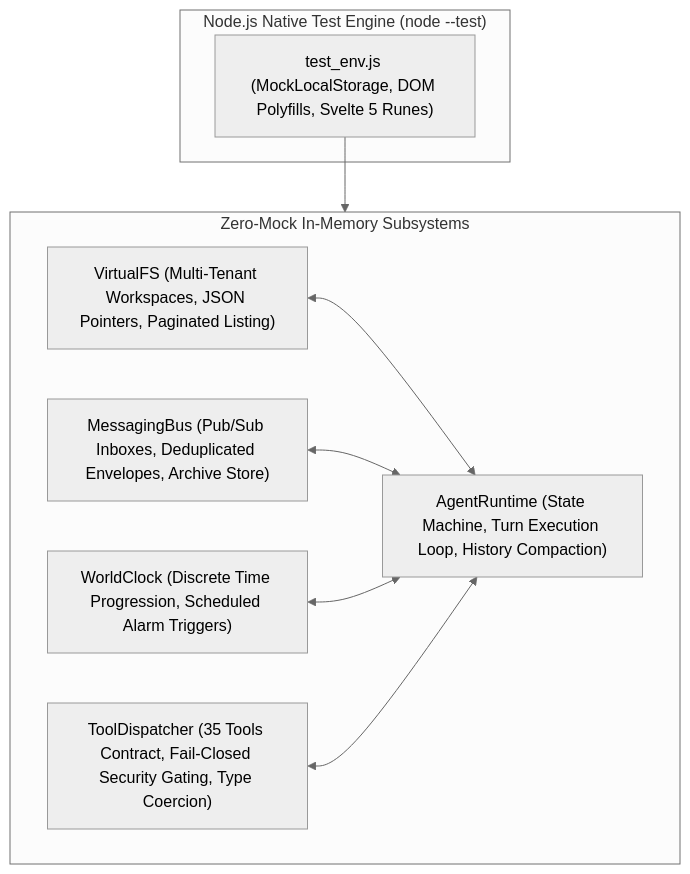
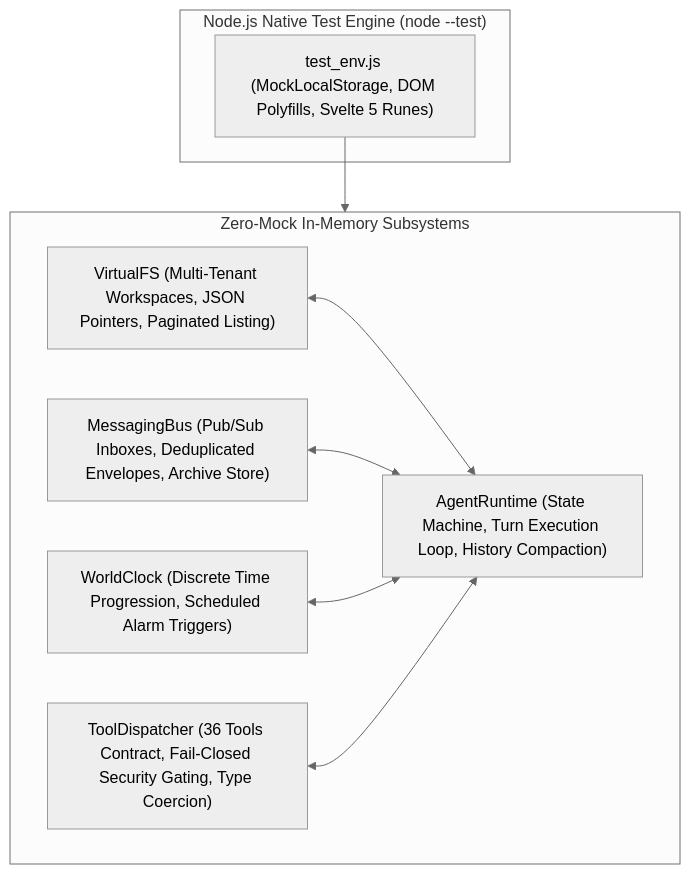
Before and after one commit to crestfallnafterdark/nightcurtain: the first of 6 diagrams in docs/testing/unit_and_integration.md, drawn with Mermaid (neutral theme). The commit also changed other lines of this file and 4 other files, not shown here.

````diff
--- a/docs/testing/unit_and_integration.md
+++ b/docs/testing/unit_and_integration.md
@@ -17,20 +17,20 @@
 ```mermaid
 flowchart TD
     subgraph TestRunner["Node.js Native Test Engine (node --test)"]
         Env["test_env.js (MockLocalStorage, DOM Polyfills, Svelte 5 Runes)"]
     end
 
     subgraph CoreClasses["Zero-Mock In-Memory Subsystems"]
         VFS["VirtualFS (Multi-Tenant Workspaces, JSON Pointers, Paginated Listing)"]
         BUS["MessagingBus (Pub/Sub Inboxes, Deduplicated Envelopes, Archive Store)"]
         CLK["WorldClock (Discrete Time Progression, Scheduled Alarm Triggers)"]
-        DISP["ToolDispatcher (35 Tools Contract, Fail-Closed Security Gating, Type Coercion)"]
+        DISP["ToolDispatcher (36 Tools Contract, Fail-Closed Security Gating, Type Coercion)"]
         RT["AgentRuntime (State Machine, Turn Execution Loop, History Compaction)"]
     end
 
     Env --> CoreClasses
     VFS <--> RT
     BUS <--> RT
     CLK <--> RT
     DISP <--> RT
 ```
````
